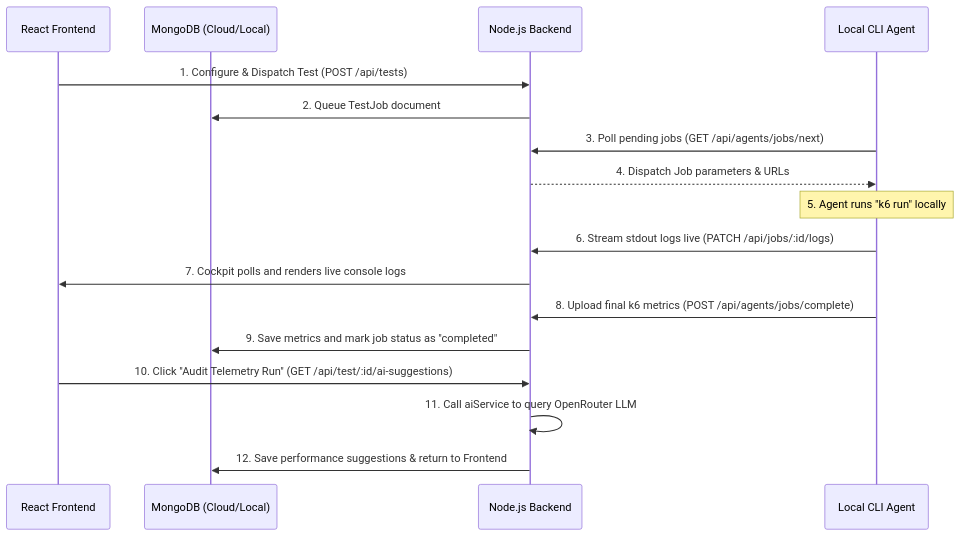
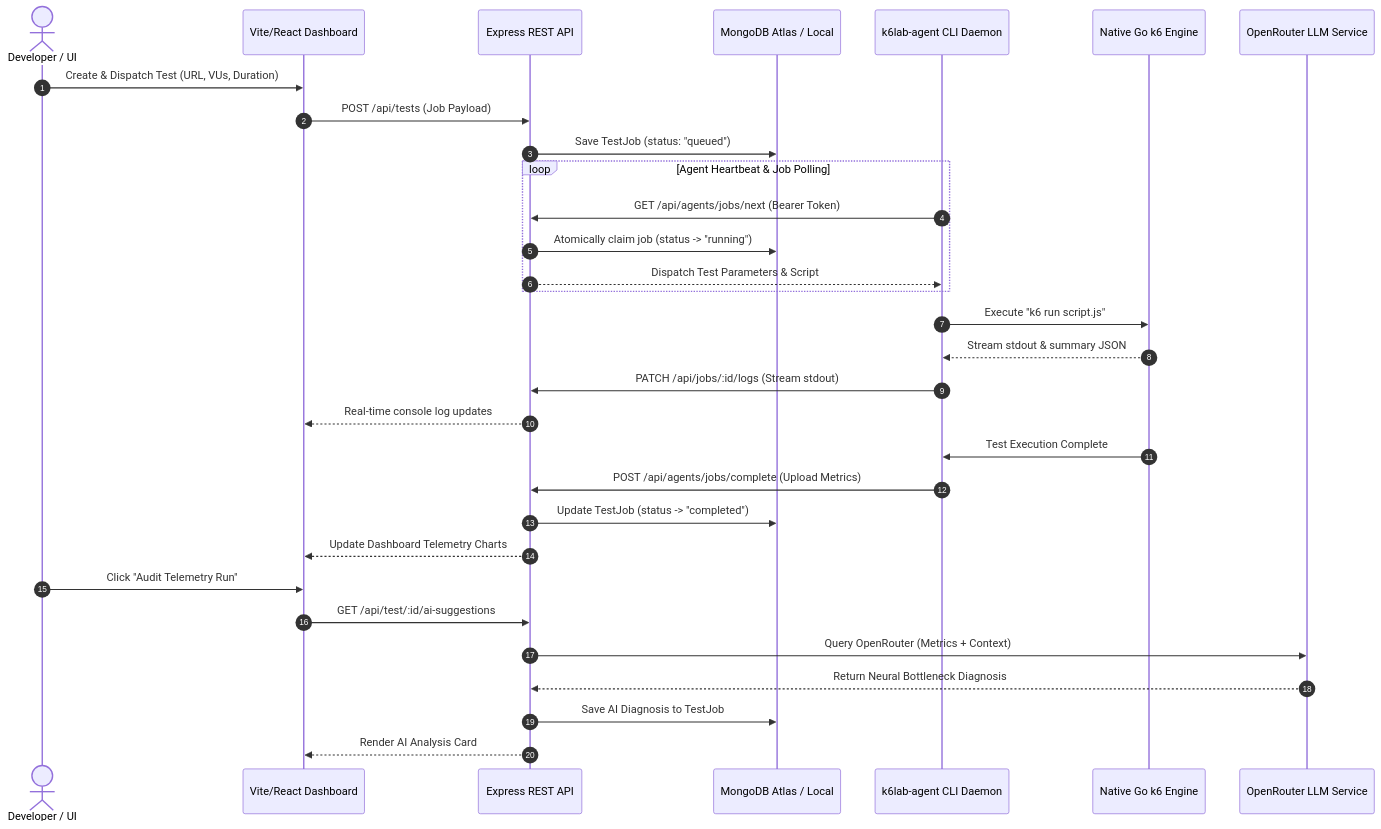
Before and after one commit to jayOnWeb/SAAS-project-k6Lab: the diagram in README.md, drawn with Mermaid. The commit also changed other lines of this file and 3 other files, not shown here.

Commit message:
docs: remove websiteContent & logo.png, rewrite ARCHITECTURE.md and README.md with comprehensive project documentation

````diff
--- a/README.md
+++ b/README.md
@@ -43,20 +70,38 @@
 ```mermaid
 sequenceDiagram
-    participant UI as React Frontend
-    participant DB as MongoDB (Cloud/Local)
-    participant BE as Node.js Backend
-    participant AG as Local CLI Agent
+    autonumber
+    actor Dev as Developer / UI
+    participant UI as Vite/React Dashboard
+    participant BE as Express REST API
+    participant DB as MongoDB Atlas / Local
+    participant AG as k6lab-agent CLI Daemon
+    participant K6 as Native Go k6 Engine
+    participant AI as OpenRouter LLM Service
 
-    UI->>BE: 1. Configure & Dispatch Test (POST /api/tests)
-    BE->>DB: 2. Queue TestJob document
-    AG->>BE: 3. Poll pending jobs (GET /api/agents/jobs/next)
-    BE-->>AG: 4. Dispatch Job parameters & URLs
-    Note over AG: 5. Agent runs "k6 run" locally
-    AG->>BE: 6. Stream stdout logs live (PATCH /api/jobs/:id/logs)
-    BE->>UI: 7. Cockpit polls and renders live console logs
-    AG->>BE: 8. Upload final k6 metrics (POST /api/agents/jobs/complete)
-    BE->>DB: 9. Save metrics and mark job status as "completed"
-    UI->>BE: 10. Click "Audit Telemetry Run" (GET /api/test/:id/ai-suggestions)
-    BE->>BE: 11. Call aiService to query OpenRouter LLM
-    BE->>DB: 12. Save performance suggestions & return to Frontend
+    Dev->>UI: Create & Dispatch Test (URL, VUs, Duration)
+    UI->>BE: POST /api/tests (Job Payload)
+    BE->>DB: Save TestJob (status: "queued")
+    
+    loop Agent Heartbeat & Job Polling
+        AG->>BE: GET /api/agents/jobs/next (Bearer Token)
+        BE->>DB: Atomically claim job (status -> "running")
+        BE-->>AG: Dispatch Test Parameters & Script
+    end
+
+    AG->>K6: Execute "k6 run script.js"
+    K6-->>AG: Stream stdout & summary JSON
+    AG->>BE: PATCH /api/jobs/:id/logs (Stream stdout)
+    BE-->>UI: Real-time console log updates
+
+    K6->>AG: Test Execution Complete
+    AG->>BE: POST /api/agents/jobs/complete (Upload Metrics)
+    BE->>DB: Update TestJob (status -> "completed")
+    BE-->>UI: Update Dashboard Telemetry Charts
+
+    Dev->>UI: Click "Audit Telemetry Run"
+    UI->>BE: GET /api/test/:id/ai-suggestions
+    BE->>AI: Query OpenRouter (Metrics + Context)
+    AI-->>BE: Return Neural Bottleneck Diagnosis
+    BE->>DB: Save AI Diagnosis to TestJob
+    BE-->>UI: Render AI Analysis Card
 ```
````
